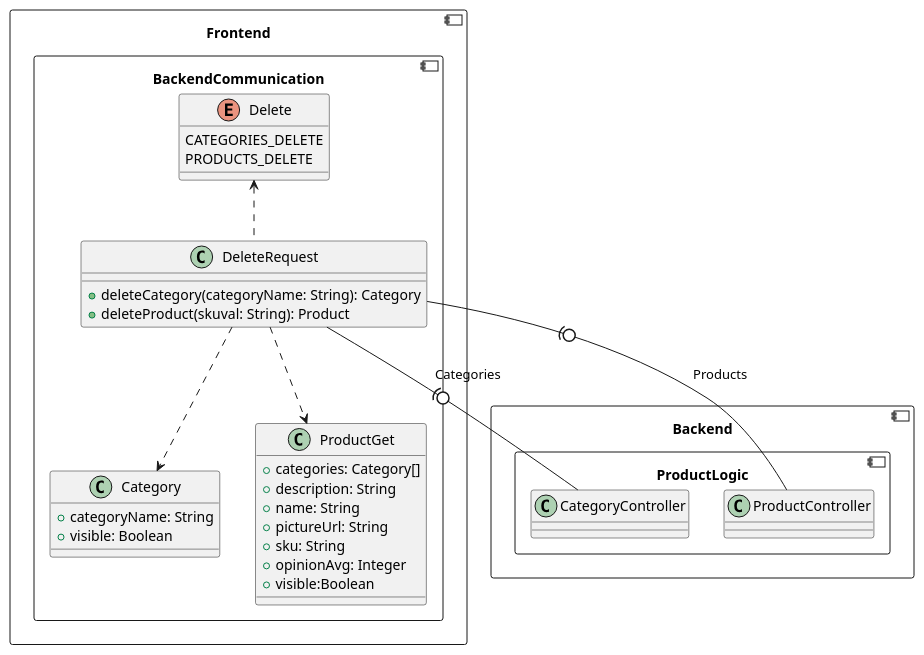
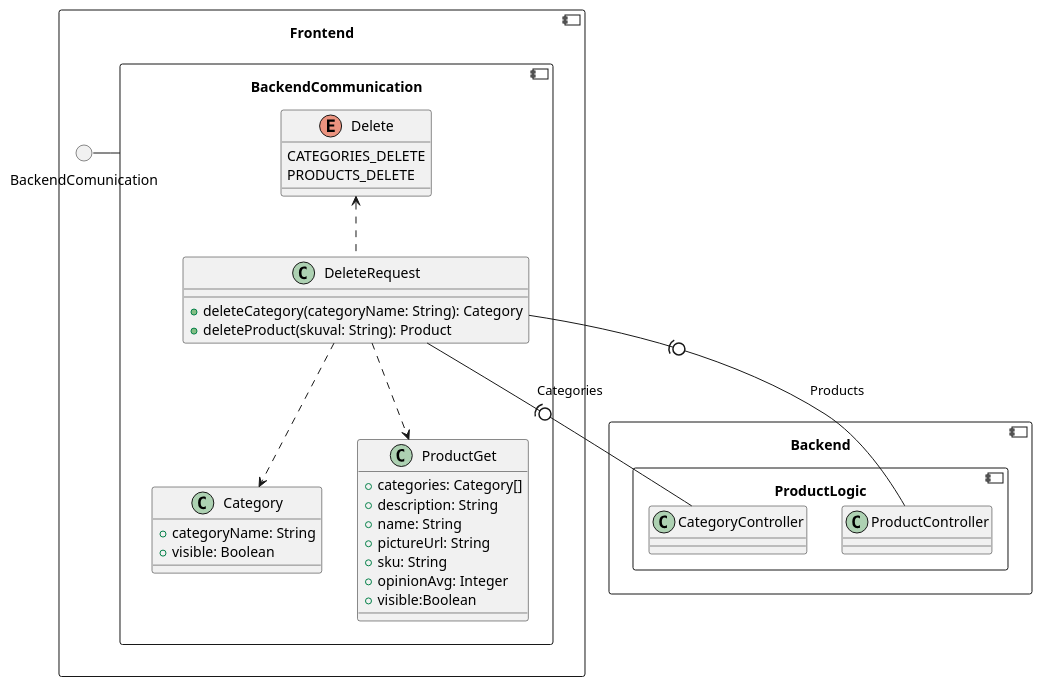
Before and after one commit to RadekBucki/OpinionCollectorArchitecture: the tenth of 11 diagrams in FullClassDiagrams.md, drawn with PlantUML. The commit also changed other lines of this file, not shown here.

Commit message:
Finish BackendCommunication

````diff
--- a/FullClassDiagrams.md
+++ b/FullClassDiagrams.md
@@ -698,43 +705,45 @@
 ```plantuml
 component Frontend {
+    circle BackendComunication
     component BackendCommunication {
         
         enum Delete {
             CATEGORIES_DELETE
             PRODUCTS_DELETE
         }
         
         class Category {
             + categoryName: String
             + visible: Boolean
         }
         
         class ProductGet {
             + categories: Category[]
             + description: String
             + name: String
             + pictureUrl: String
             + sku: String
             + opinionAvg: Integer
             + visible:Boolean
         }
         
         class DeleteRequest {
             + deleteCategory(categoryName: String): Category
             + deleteProduct(skuval: String): Product
         }
         Delete <.. DeleteRequest
         DeleteRequest ..> Category
         DeleteRequest ..> ProductGet
     }
+    BackendComunication - BackendCommunication
 }
 component Backend {
     component ProductLogic {
         class CategoryController
         class ProductController
     }
 }
         
 DeleteRequest -(0- CategoryController   : Categories
 DeleteRequest -(0- ProductController    : Products
 ```
````
